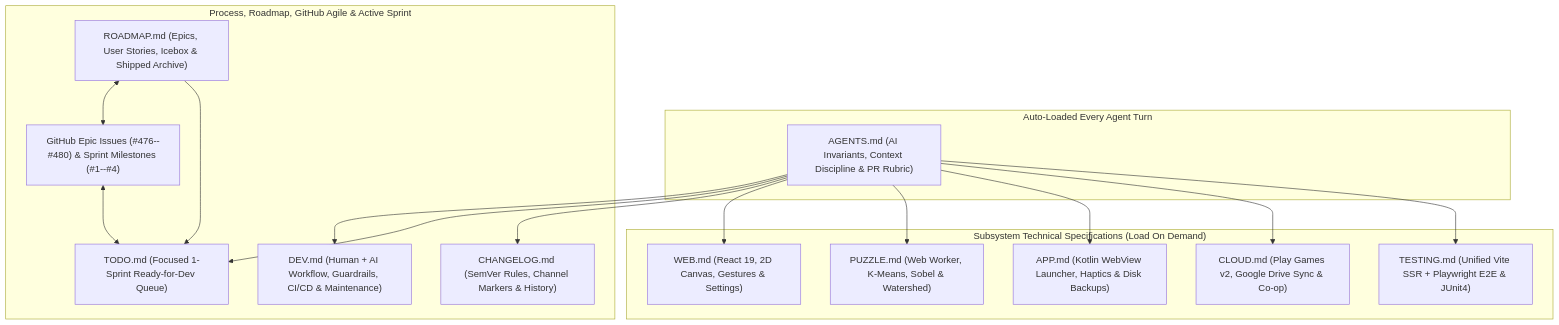
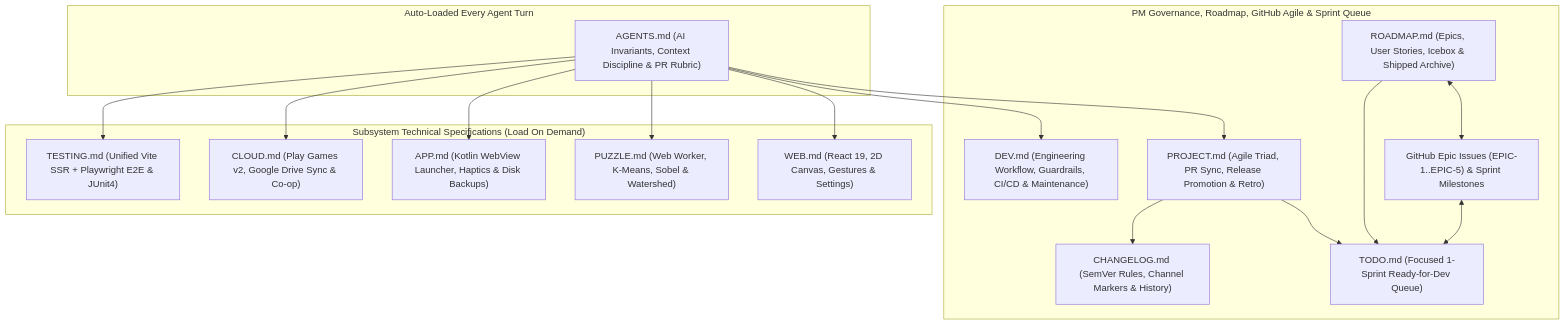
The diagram in DEV.md (shthed/capy), drawn with Mermaid before and after one commit. The commit also changed other lines of this file and 6 other files, not shown here.

Commit message:
Establish PROJECT.md governance charter and align Epics, PR sync, and changelog

````diff
--- a/DEV.md
+++ b/DEV.md
@@ -27,34 +28,36 @@
 ```mermaid
 flowchart TD
     subgraph AutoLoaded["Auto-Loaded Every Agent Turn"]
         AGENTS["AGENTS.md (AI Invariants, Context Discipline & PR Rubric)"]
     end
 
-    subgraph ProcessAndRoadmap["Process, Roadmap, GitHub Agile & Active Sprint"]
-        DEV["DEV.md (Human + AI Workflow, Guardrails, CI/CD & Maintenance)"]
+    subgraph GovernanceAndPlanning["PM Governance, Roadmap, GitHub Agile & Sprint Queue"]
+        PROJECT["PROJECT.md (Agile Triad, PR Sync, Release Promotion & Retro)"]
+        DEV["DEV.md (Engineering Workflow, Guardrails, CI/CD & Maintenance)"]
         ROADMAP["ROADMAP.md (Epics, User Stories, Icebox & Shipped Archive)"]
-        GH_AGILE["GitHub Epic Issues (#476--#480) & Sprint Milestones (#1--#4)"]
+        GH_AGILE["GitHub Epic Issues (EPIC-1..EPIC-5) & Sprint Milestones"]
         TODO["TODO.md (Focused 1-Sprint Ready-for-Dev Queue)"]
         CHANGELOG["CHANGELOG.md (SemVer Rules, Channel Markers & History)"]
     end
 
     subgraph SubsystemSpecs["Subsystem Technical Specifications (Load On Demand)"]
         WEB["WEB.md (React 19, 2D Canvas, Gestures & Settings)"]
         PUZZLE["PUZZLE.md (Web Worker, K-Means, Sobel & Watershed)"]
         APP["APP.md (Kotlin WebView Launcher, Haptics & Disk Backups)"]
         CLOUD["CLOUD.md (Play Games v2, Google Drive Sync & Co-op)"]
         TESTING["TESTING.md (Unified Vite SSR + Playwright E2E & JUnit4)"]
     end
 
+    AGENTS --> PROJECT
     AGENTS --> DEV
     ROADMAP <--> GH_AGILE
     ROADMAP --> TODO
     GH_AGILE <--> TODO
-    AGENTS --> TODO
-    AGENTS --> CHANGELOG
+    PROJECT --> TODO
+    PROJECT --> CHANGELOG
     AGENTS --> WEB
     AGENTS --> PUZZLE
     AGENTS --> APP
     AGENTS --> CLOUD
     AGENTS --> TESTING
 ```
````
